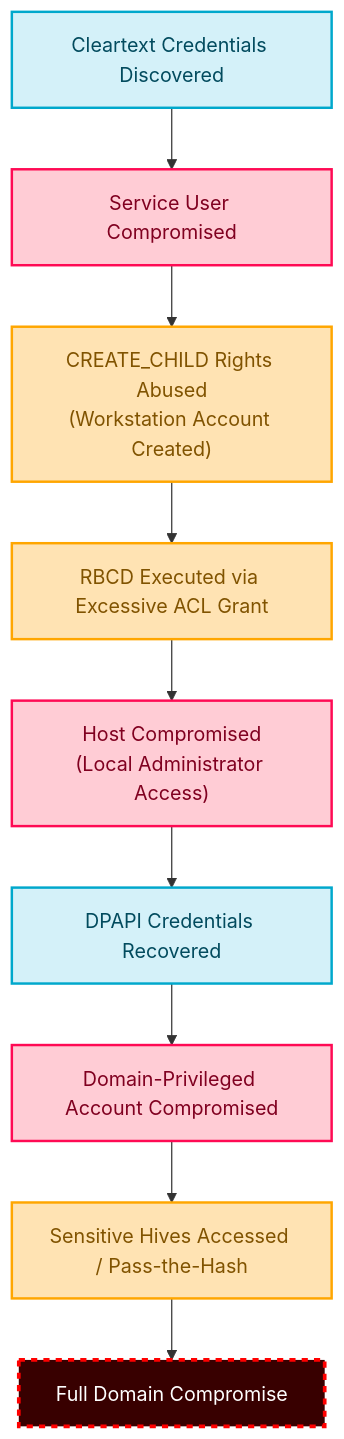
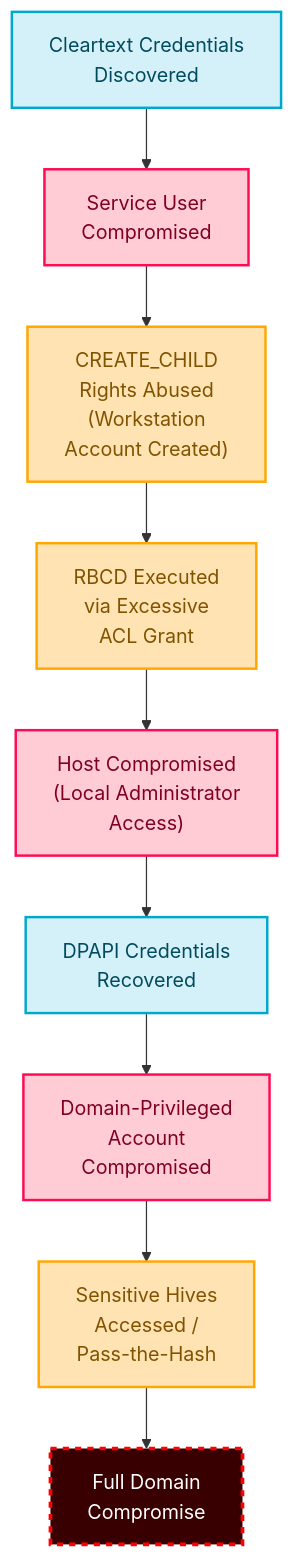
The diagram in NorthBridge_HackSmarter/northbridge.md (dact91/CTF-Writeups), drawn with Mermaid before and after one commit.

Commit message:
Update northbridge.md
Graphical Summary correction

````diff
--- a/NorthBridge_HackSmarter/northbridge.md
+++ b/NorthBridge_HackSmarter/northbridge.md
@@ -13,23 +13,23 @@
 ```mermaid
 graph TD
-    A["Cleartext Credentials Discovered"] --> B["Service User Compromised"]
-    B --> C["CREATE_CHILD Rights Abused<br>(Workstation Account Created)"]
-    C --> D["RBCD Executed via Excessive ACL Grant"]
-    D --> E["Host Compromised<br>(Local Administrator Access)"]
-    E --> F["DPAPI Credentials Recovered"]
-    F --> G["Domain-Privileged Account Compromised"]
-    G --> H["Sensitive Hives Accessed / Pass-the-Hash"]
-    H --> I["Full Domain Compromise"]
+    A["Cleartext Credentials<br>Discovered"] --> B["Service User<br>Compromised"]
+    B --> C["CREATE_CHILD<br>Rights Abused<br>(Workstation<br>Account Created)"]
+    C --> D["RBCD Executed<br>via Excessive<br>ACL Grant"]
+    D --> E["Host Compromised<br>(Local Administrator<br>Access)"]
+    E --> F["DPAPI Credentials<br>Recovered"]
+    F --> G["Domain-Privileged<br>Account<br>Compromised"]
+    G --> H["Sensitive Hives<br>Accessed /<br>Pass-the-Hash"]
+    H --> I["Full Domain<br>Compromise"]
     
     %% Class Definitions
     classDef discovery fill:#d4f1f9,stroke:#00a8cc,stroke-width:2px,color:#024b5e;
     classDef exploitation fill:#ffe3b3,stroke:#ffa600,stroke-width:2px,color:#805300;
     classDef compromise fill:#ffccd5,stroke:#ff0a54,stroke-width:2px,color:#800020;
     classDef finalGoal fill:#380000,stroke:#ff0000,stroke-width:3px,color:#ffffff,stroke-dasharray: 5 5;
     
     %% Assigning Classes
     class A,F discovery;
     class C,D,H exploitation;
     class B,E,G compromise;
     class I finalGoal;
 ```
````
